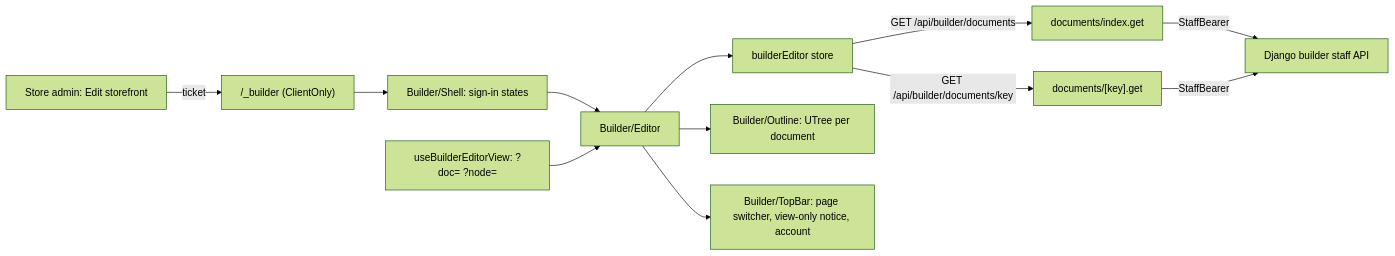
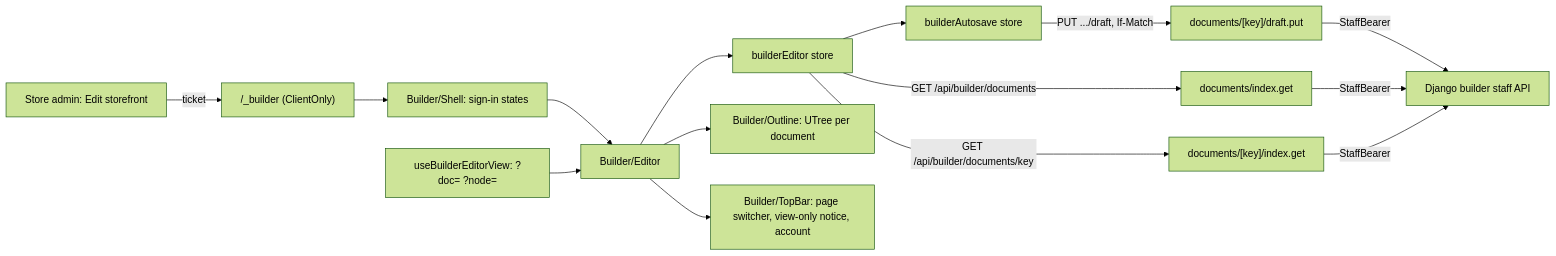
Before and after one commit to vasilistotskas/grooveshop-docs: the diagram in src/dev/flows/page-builder-editor.md, drawn with Mermaid (forest theme). The commit also changed other lines of this file, not shown here.

First line of the commit message:
docs(builder): changing a page and saving it in the editor

````diff
--- a/src/dev/flows/page-builder-editor.md
+++ b/src/dev/flows/page-builder-editor.md
@@ -21,14 +22,17 @@
 ```mermaid
 flowchart LR
   Admin["Store admin: Edit storefront"] -->|"ticket"| Page["/_builder (ClientOnly)"]
   Page --> Shell["Builder/Shell: sign-in states"]
   Shell --> Editor["Builder/Editor"]
   Editor --> Store["builderEditor store"]
   Store -->|"GET /api/builder/documents"| List["documents/index.get"]
-  Store -->|"GET /api/builder/documents/key"| Detail["documents/[key].get"]
+  Store -->|"GET /api/builder/documents/key"| Detail["documents/[key]/index.get"]
+  Autosave["builderAutosave store"] -->|"PUT .../draft, If-Match"| Draft["documents/[key]/draft.put"]
+  Draft -->|"StaffBearer"| Django
+  Store --> Autosave
   List -->|"StaffBearer"| Django["Django builder staff API"]
   Detail -->|"StaffBearer"| Django
   Editor --> Outline["Builder/Outline: UTree per document"]
   Editor --> TopBar["Builder/TopBar: page switcher, view-only notice, account"]
   View["useBuilderEditorView: ?doc= ?node="] --> Editor
 ```
````
